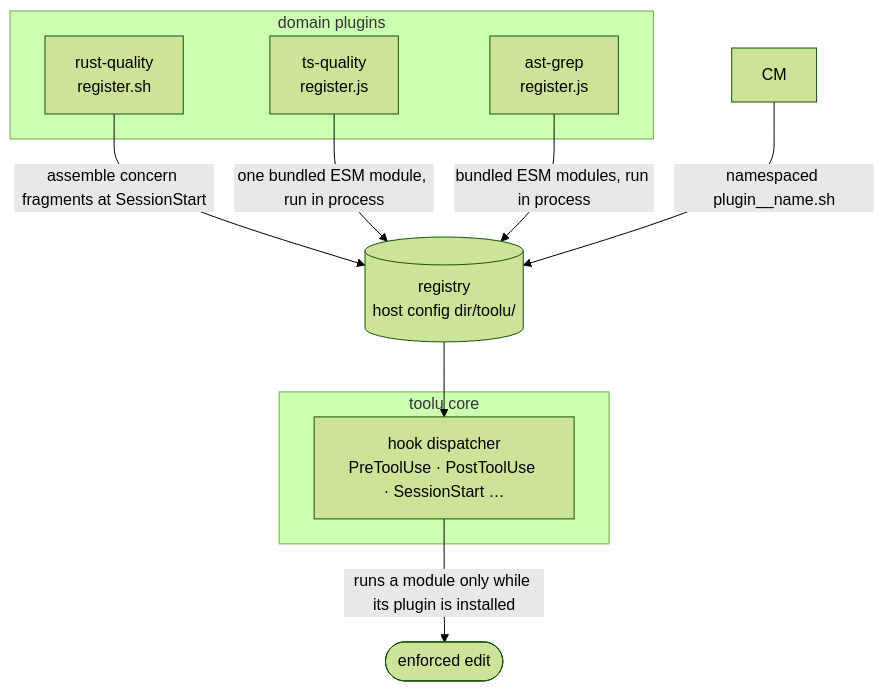
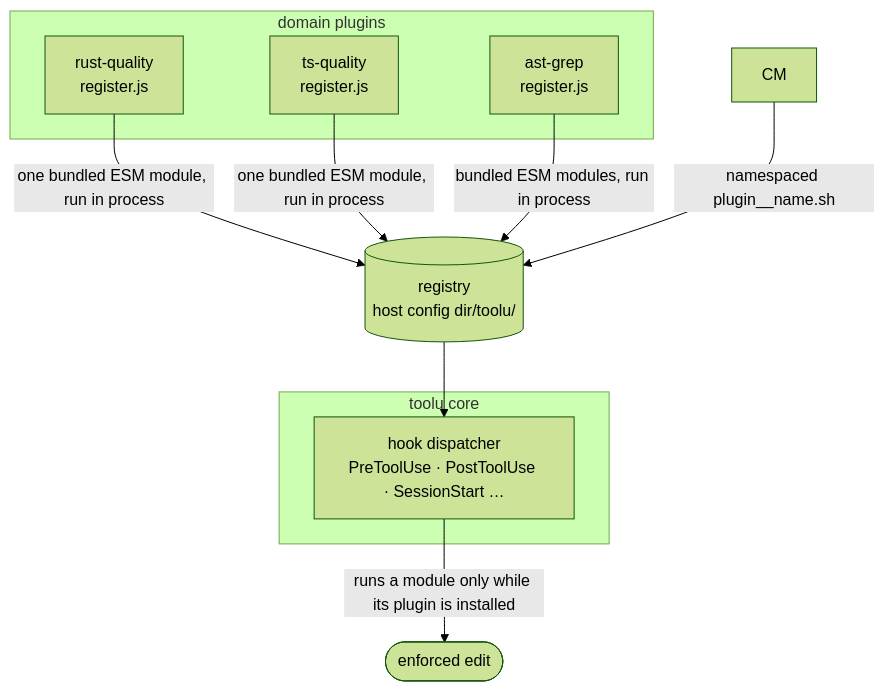
The second of 2 diagrams in README.md (Falconiere/toolu), drawn with Mermaid (forest theme) before and after one commit. The commit also changed other lines of this file and 74 other files, not shown here.

First line of the commit message:
feat(rust-quality): port concerns to one TypeScript registry module (#323)

````diff
--- a/README.md
+++ b/README.md
@@ -252,17 +252,17 @@
 ```mermaid
 flowchart TD
     subgraph core["toolu core"]
         D["hook dispatcher<br/>PreToolUse · PostToolUse · SessionStart …"]
     end
     subgraph plugins["domain plugins"]
-        RQ["rust-quality<br/>register.sh"]
+        RQ["rust-quality<br/>register.js"]
         TQ["ts-quality<br/>register.js"]
         AG["ast-grep<br/>register.js"]
     end
-    RQ -- "assemble concern fragments at SessionStart" --> R[("registry<br/>host config dir/toolu/")]
+    RQ -- "one bundled ESM module, run in process" --> R[("registry<br/>host config dir/toolu/")]
     TQ -- "one bundled ESM module, run in process" --> R
     AG -- "bundled ESM modules, run in process" --> R
     CM -- "namespaced plugin__name.sh" --> R
     R --> D
     D -- "runs a module only while its plugin is installed" --> OUT([enforced edit])
 ```
````
